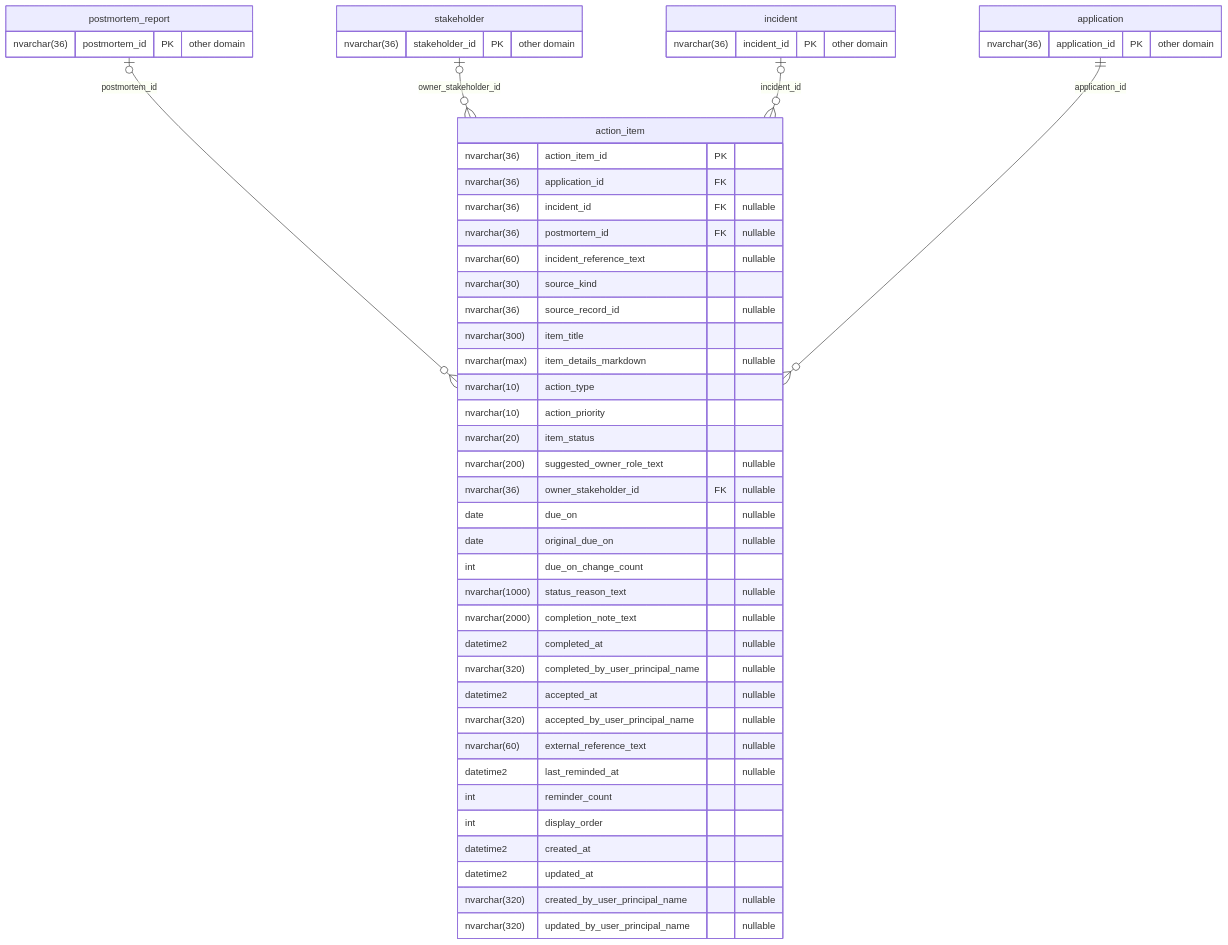
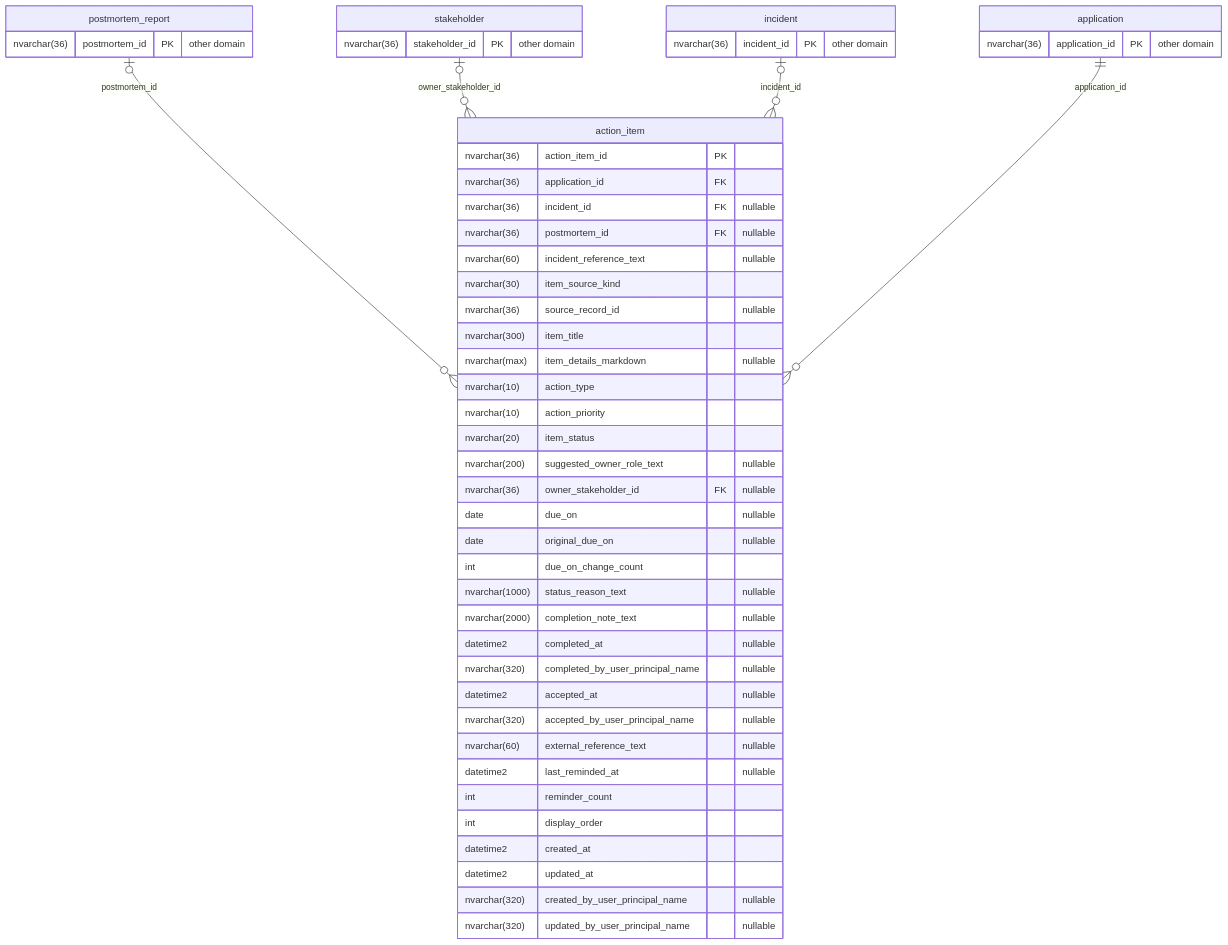
The tenth of 10 diagrams in Keigan/My Plans/architecture/15_ENTITY_RELATIONSHIP_DIAGRAM.md (dilleswar16/Synaptic-Alchemy), drawn with Mermaid before and after one commit. The commit also changed other lines of this file and 32 other files, not shown here.

````diff
--- a/Keigan/My Plans/architecture/15_ENTITY_RELATIONSHIP_DIAGRAM.md
+++ b/Keigan/My Plans/architecture/15_ENTITY_RELATIONSHIP_DIAGRAM.md
@@ -1300,52 +1401,52 @@
 ```mermaid
 erDiagram
     action_item {
         nvarchar(36) action_item_id PK
         nvarchar(36) application_id FK
         nvarchar(36) incident_id FK "nullable"
         nvarchar(36) postmortem_id FK "nullable"
         nvarchar(60) incident_reference_text "nullable"
-        nvarchar(30) source_kind
+        nvarchar(30) item_source_kind
         nvarchar(36) source_record_id "nullable"
         nvarchar(300) item_title
         nvarchar(max) item_details_markdown "nullable"
         nvarchar(10) action_type
         nvarchar(10) action_priority
         nvarchar(20) item_status
         nvarchar(200) suggested_owner_role_text "nullable"
         nvarchar(36) owner_stakeholder_id FK "nullable"
         date due_on "nullable"
         date original_due_on "nullable"
         int due_on_change_count
         nvarchar(1000) status_reason_text "nullable"
         nvarchar(2000) completion_note_text "nullable"
         datetime2 completed_at "nullable"
         nvarchar(320) completed_by_user_principal_name "nullable"
         datetime2 accepted_at "nullable"
         nvarchar(320) accepted_by_user_principal_name "nullable"
         nvarchar(60) external_reference_text "nullable"
         datetime2 last_reminded_at "nullable"
         int reminder_count
         int display_order
         datetime2 created_at
         datetime2 updated_at
         nvarchar(320) created_by_user_principal_name "nullable"
         nvarchar(320) updated_by_user_principal_name "nullable"
     }
     application {
         nvarchar(36) application_id PK "other domain"
     }
     incident {
         nvarchar(36) incident_id PK "other domain"
     }
     postmortem_report {
         nvarchar(36) postmortem_id PK "other domain"
     }
     stakeholder {
         nvarchar(36) stakeholder_id PK "other domain"
     }
     postmortem_report |o--o{ action_item : "postmortem_id"
     stakeholder |o--o{ action_item : "owner_stakeholder_id"
     incident |o--o{ action_item : "incident_id"
     application ||--o{ action_item : "application_id"
 ```
````
